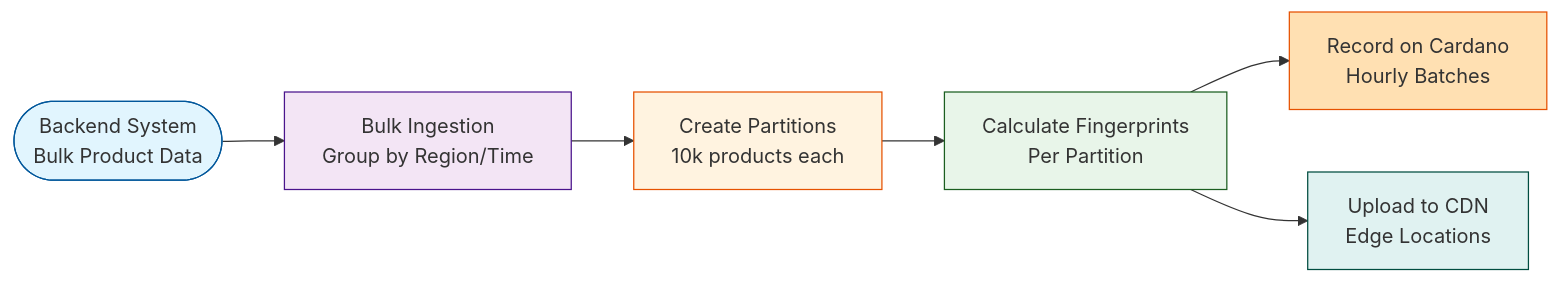
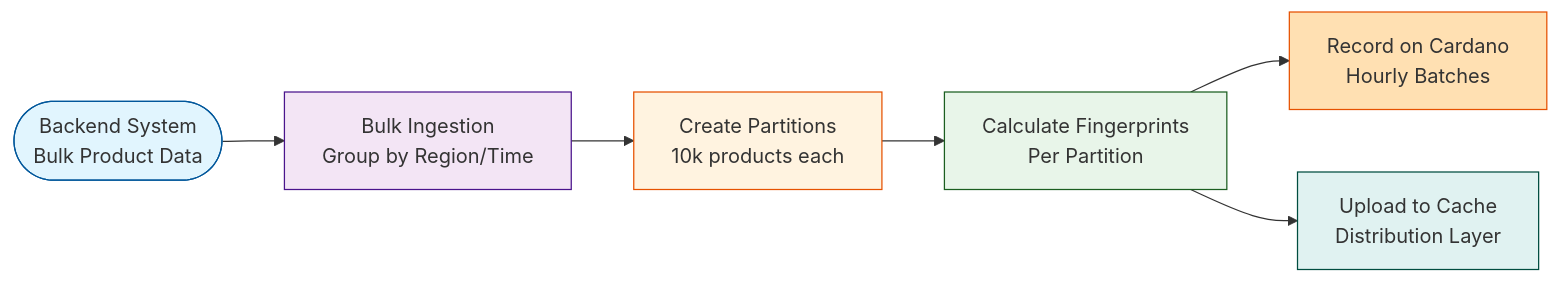
Before and after one commit to satran004/cardano-dpp-blueprint: the eighth of 9 diagrams in DPP-Blueprint-Cardano-v0.1.md, drawn with Mermaid. The commit also changed other lines of this file, not shown here.

````diff
--- a/DPP-Blueprint-Cardano-v0.1.md
+++ b/DPP-Blueprint-Cardano-v0.1.md
@@ -541,15 +607,15 @@
 ```mermaid
 flowchart LR
     Backend([Backend System<br/>Bulk Product Data]) --> Ingest[Bulk Ingestion<br/>Group by Region/Time]
     Ingest --> Partition[Create Partitions<br/>10k products each]
     Partition --> Hash[Calculate Fingerprints<br/>Per Partition]
     Hash --> Cardano[Record on Cardano<br/>Hourly Batches]
-    Hash --> CDN[Upload to CDN<br/>Edge Locations]
+    Hash --> Cache[Upload to Cache<br/>Distribution Layer]
 
     style Backend fill:#E1F5FE,stroke:#01579B
     style Ingest fill:#F3E5F5,stroke:#4A148C
     style Partition fill:#FFF3E0,stroke:#E65100
     style Hash fill:#E8F5E9,stroke:#1B5E20
     style Cardano fill:#FFE0B2,stroke:#E65100
-    style CDN fill:#E0F2F1,stroke:#004D40
+    style Cache fill:#E0F2F1,stroke:#004D40
 ```
````
